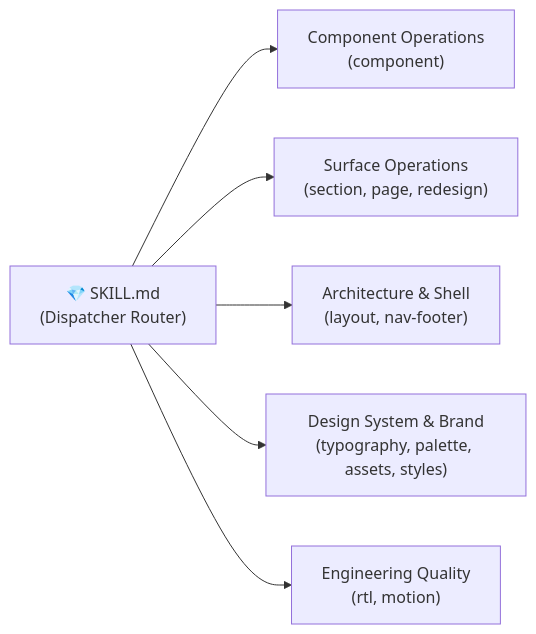
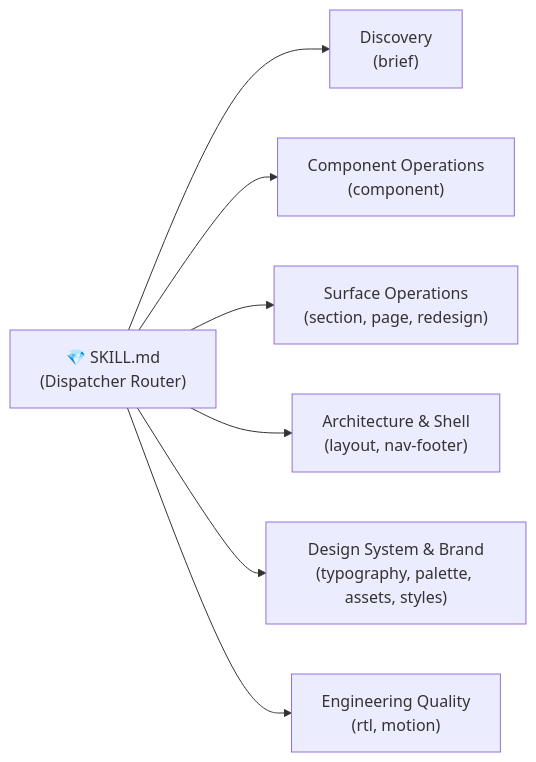
The second of 2 diagrams in README.md (TidyFactor/Styler), drawn with Mermaid before and after one commit. The commit also changed other lines of this file and 14 other files, not shown here.

Commit message:
feat(assets): enhance GitHub social card, demo graphics, and community README documentation

````diff
--- a/README.md
+++ b/README.md
@@ -47,9 +107,10 @@
 ```mermaid
 graph LR
     SK["💎 SKILL.md<br/>(Dispatcher Router)"]
+    SK --> C0["Discovery<br/>(brief)"]
     SK --> C1["Component Operations<br/>(component)"]
     SK --> C2["Surface Operations<br/>(section, page, redesign)"]
     SK --> C3["Architecture & Shell<br/>(layout, nav-footer)"]
     SK --> C4["Design System & Brand<br/>(typography, palette, assets, styles)"]
     SK --> C5["Engineering Quality<br/>(rtl, motion)"]
 ```
````
